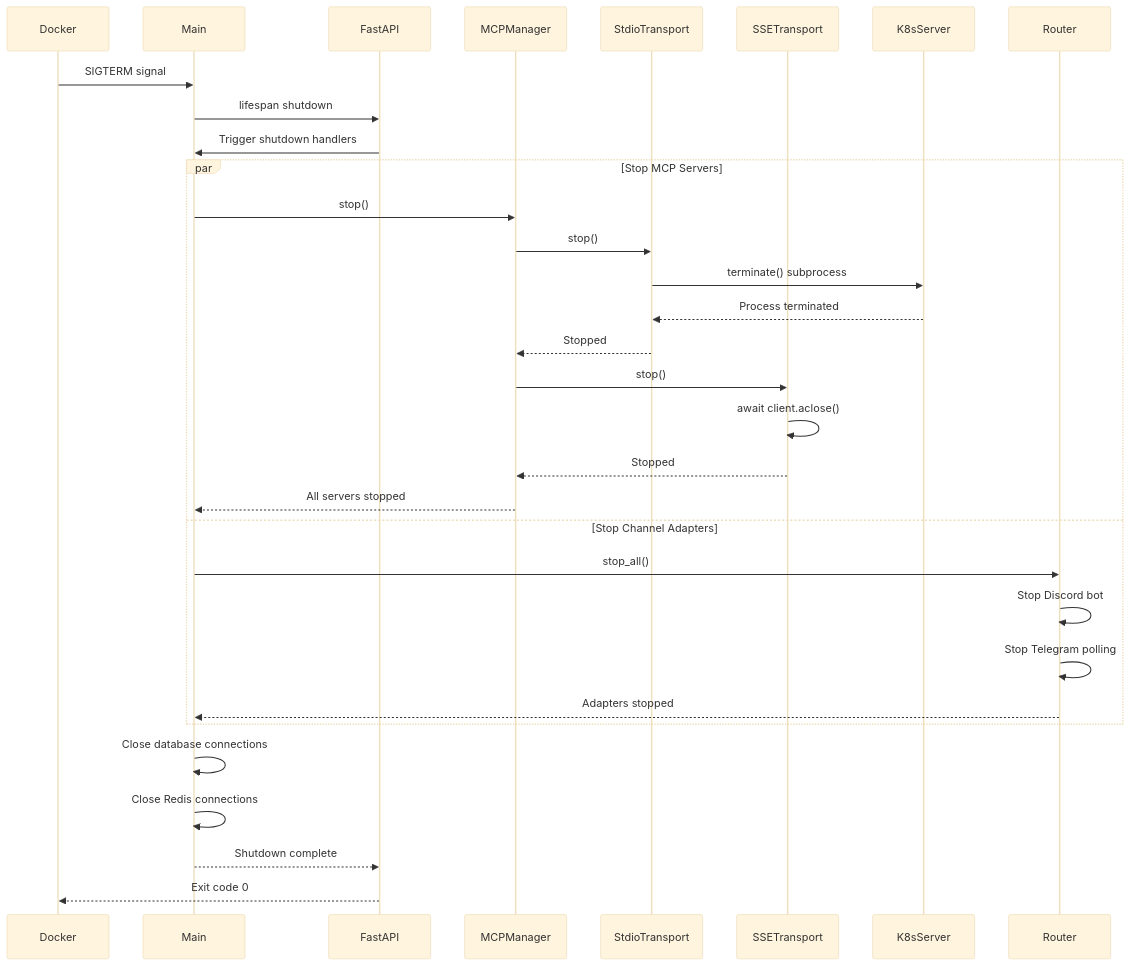
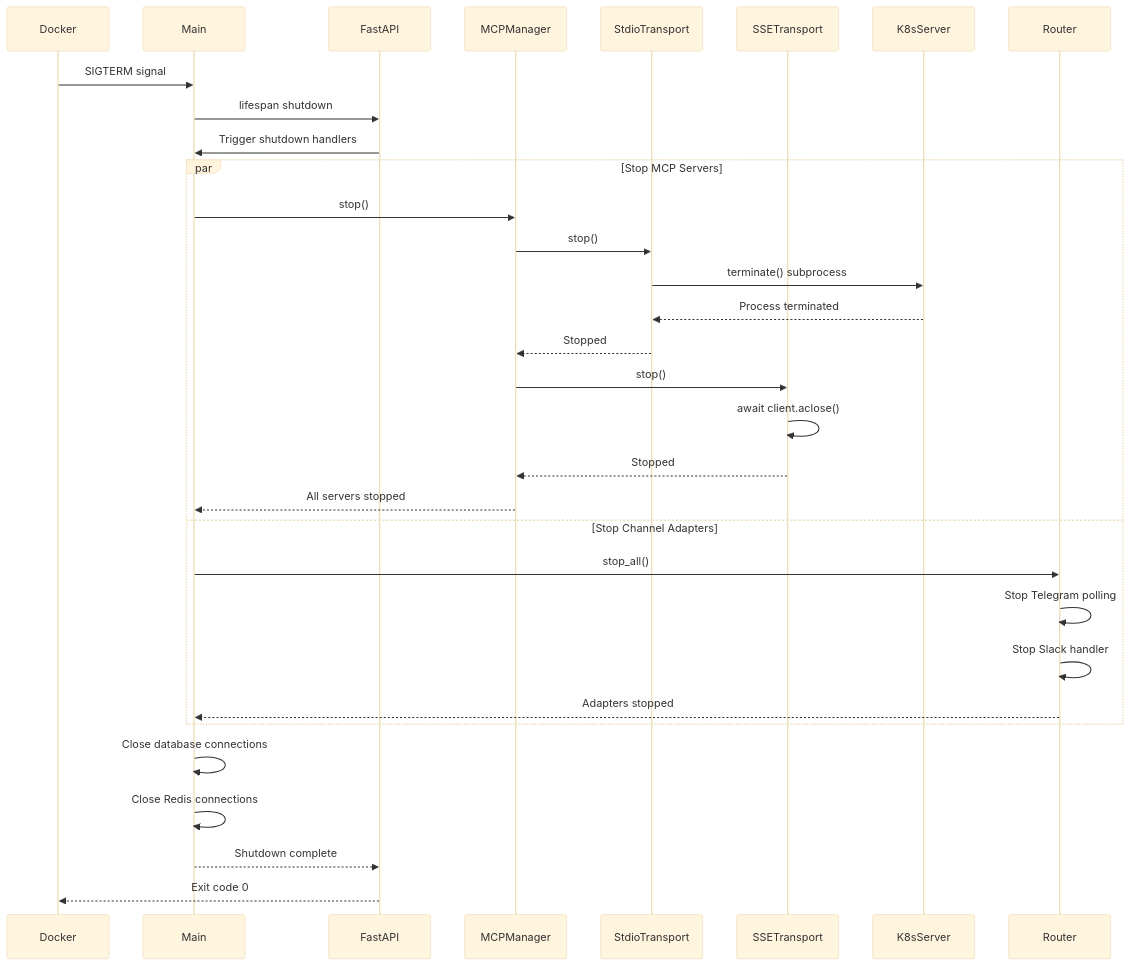
Before and after one commit to Htunn/simple-ai-agent: the tenth of 15 diagrams in docs/sequence-diagrams.md, drawn with Mermaid (base theme). The commit also changed other lines of this file and 26 other files, not shown here.

First line of the commit message:
feat: remove Discord integration, focus on Telegram and Slack only

````diff
--- a/docs/sequence-diagrams.md
+++ b/docs/sequence-diagrams.md
@@ -572,43 +572,43 @@
 ```mermaid
 sequenceDiagram
     participant Docker
     participant Main
     participant FastAPI
     participant MCPManager
     participant StdioTransport
     participant SSETransport
     participant K8sServer
     participant Router
 
     Docker->>Main: SIGTERM signal
     Main->>FastAPI: lifespan shutdown
     
     FastAPI->>Main: Trigger shutdown handlers
     
     par Stop MCP Servers
         Main->>MCPManager: stop()
         
         MCPManager->>StdioTransport: stop()
         StdioTransport->>K8sServer: terminate() subprocess
         K8sServer-->>StdioTransport: Process terminated
         StdioTransport-->>MCPManager: Stopped
         
         MCPManager->>SSETransport: stop()
         SSETransport->>SSETransport: await client.aclose()
         SSETransport-->>MCPManager: Stopped
         
         MCPManager-->>Main: All servers stopped
         
     and Stop Channel Adapters
         Main->>Router: stop_all()
-        Router->>Router: Stop Discord bot
         Router->>Router: Stop Telegram polling
+        Router->>Router: Stop Slack handler
         Router-->>Main: Adapters stopped
     end
     
     Main->>Main: Close database connections
     Main->>Main: Close Redis connections
     
     Main-->>FastAPI: Shutdown complete
     FastAPI-->>Docker: Exit code 0
 ```
````
